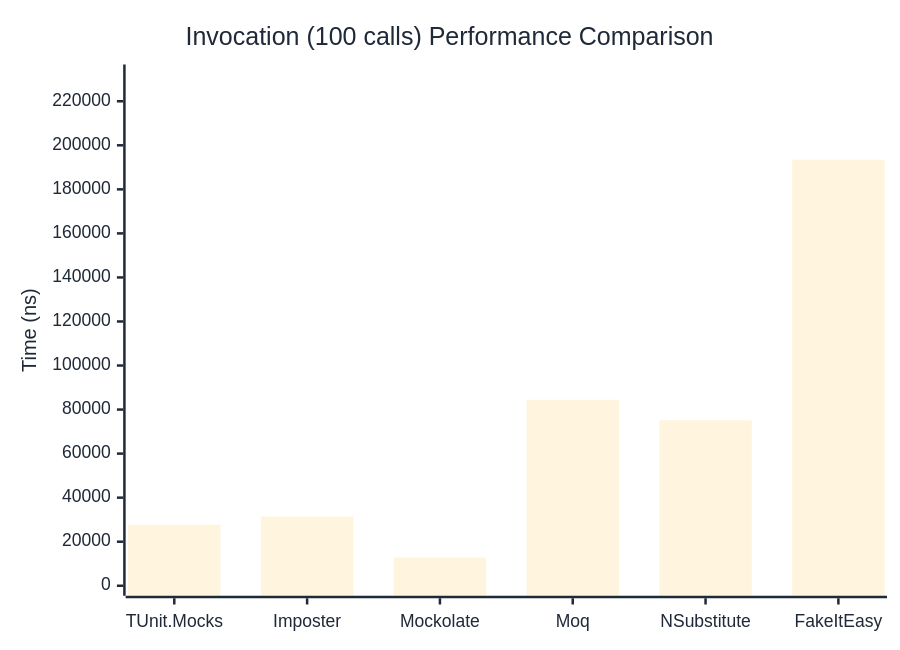
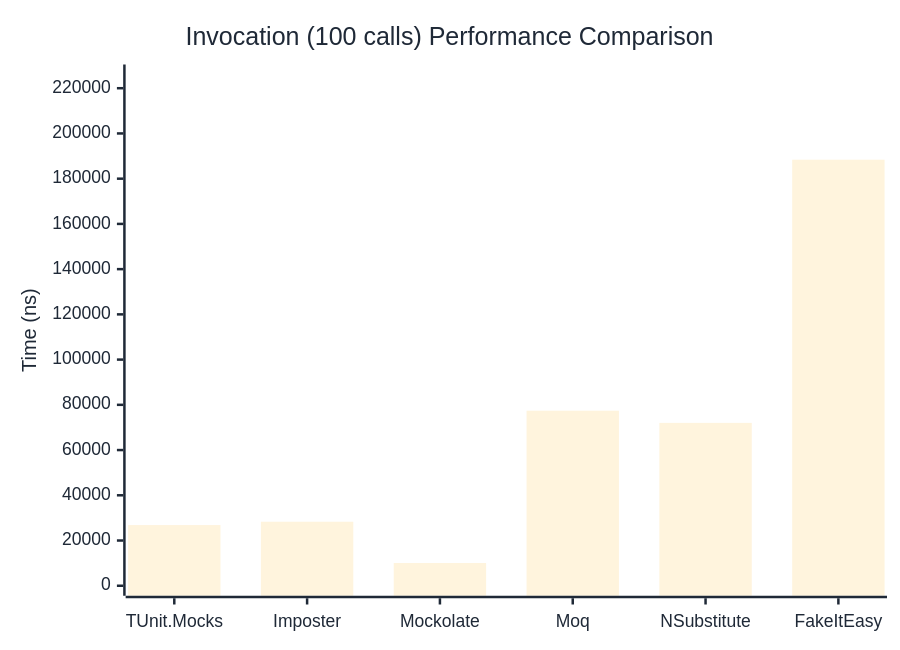
Before and after one commit to thomhurst/TUnit: the third of 3 diagrams in docs/docs/benchmarks/mocks/Invocation.md, drawn with Mermaid. The commit also changed other lines of this file and 14 other files, not shown here.

````diff
--- a/docs/docs/benchmarks/mocks/Invocation.md
+++ b/docs/docs/benchmarks/mocks/Invocation.md
@@ -112,27 +112,27 @@
 ```mermaid
 %%{init: {
   'theme':'base',
   'themeVariables': {
     'primaryColor': '#2563eb',
     'primaryTextColor': '#1f2937',
     'primaryBorderColor': '#1e40af',
     'lineColor': '#6b7280',
     'secondaryColor': '#7c3aed',
     'tertiaryColor': '#dc2626',
     'background': '#ffffff',
     'pie1': '#2563eb',
     'pie2': '#7c3aed',
     'pie3': '#dc2626',
     'pie4': '#f59e0b',
     'pie5': '#10b981',
     'pie6': '#06b6d4',
     'pie7': '#ec4899',
     'pie8': '#6366f1'
   }
 }}%%
 xychart-beta
   title "Invocation (100 calls) Performance Comparison"
   x-axis ["TUnit.Mocks", "Imposter", "Mockolate", "Moq", "NSubstitute", "FakeItEasy"]
-  y-axis "Time (ns)" 0 --> 232150
-  bar [27727.5, 31440, 12764.4, 84451, 75095.8, 193457.6]
+  y-axis "Time (ns)" 0 --> 226064
+  bar [26833.66, 28304.42, 10050.81, 77403.93, 72020.24, 188386.12]
 ```
````
